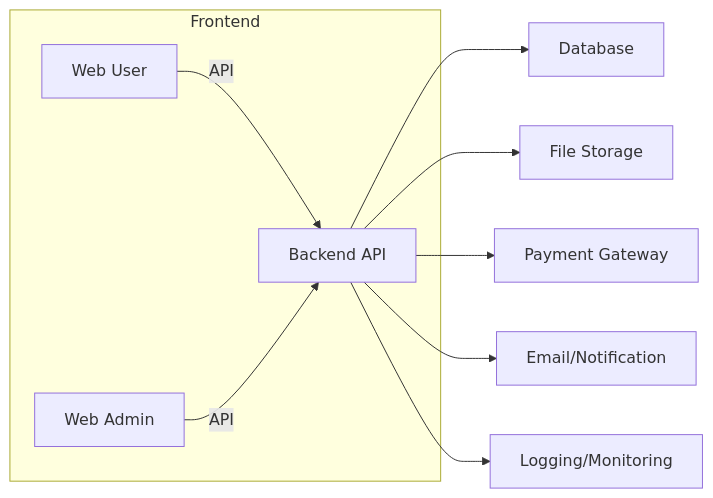
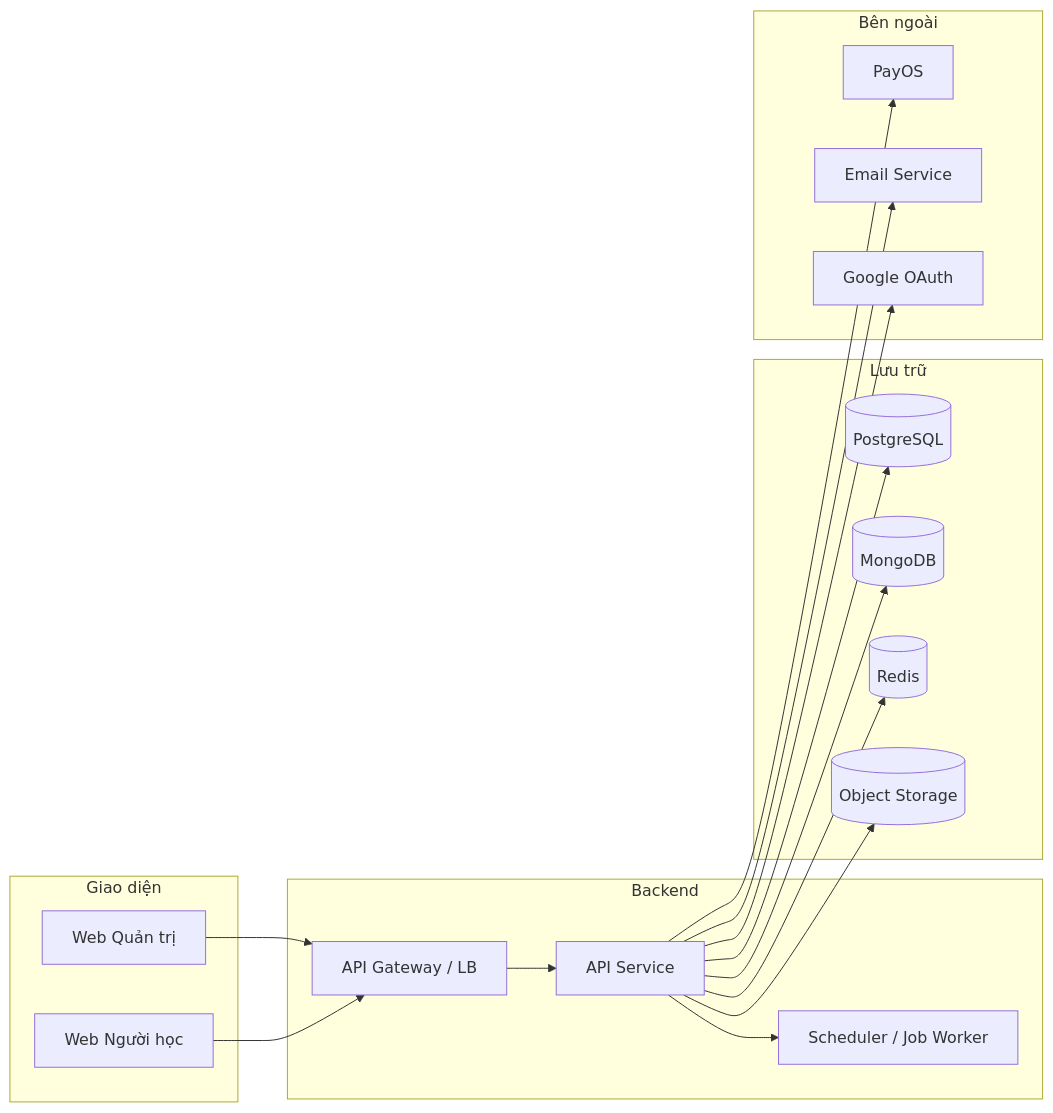
Before and after one commit to duthe157/ssstudy_dnt: the first of 2 diagrams in ssstudy-docs/docs/architecture.md, drawn with Mermaid. The commit also changed other lines of this file and 31 other files, not shown here.

````diff
--- a/ssstudy-docs/docs/architecture.md
+++ b/ssstudy-docs/docs/architecture.md
@@ -25,12 +27,35 @@
 ```mermaid
 flowchart LR
-  subgraph Frontend
-    A[Web User] -->|API| C[Backend API]
-    B[Web Admin] -->|API| C
+  subgraph Giao diện
+    A[Web Người học]
+    B[Web Quản trị]
   end
-  C --> D[Database]
-  C --> E[File Storage]
-  C --> F[Payment Gateway]
-  C --> G[Email/Notification]
-  C --> H[Logging/Monitoring]
+  subgraph Backend
+    APIGW[API Gateway / LB]
+    App[API Service]
+    Jobs[Scheduler / Job Worker]
+  end
+  subgraph Lưu trữ
+    PG[(PostgreSQL)]
+    MONGO[(MongoDB)]
+    Redis[(Redis)]
+    S3[(Object Storage)]
+  end
+  subgraph Bên ngoài
+    Payment[PayOS]
+    Email[Email Service]
+    OAuth[Google OAuth]
+  end
+
+  A --> APIGW
+  B --> APIGW
+  APIGW --> App
+  App --> PG
+  App --> MONGO
+  App --> Redis
+  App --> S3
+  App --> Payment
+  App --> Email
+  App --> OAuth
+  App --> Jobs
 ```
````
